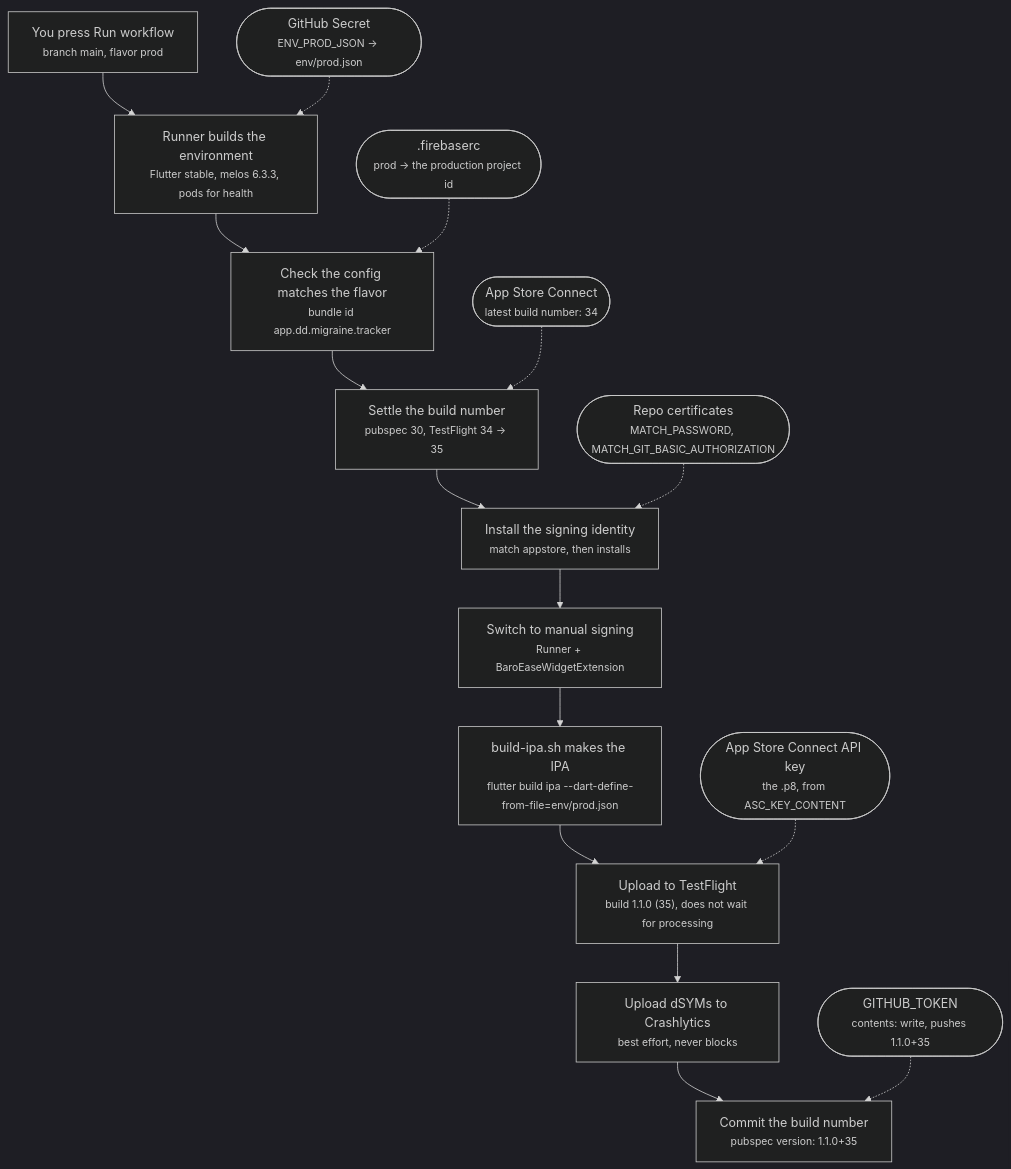
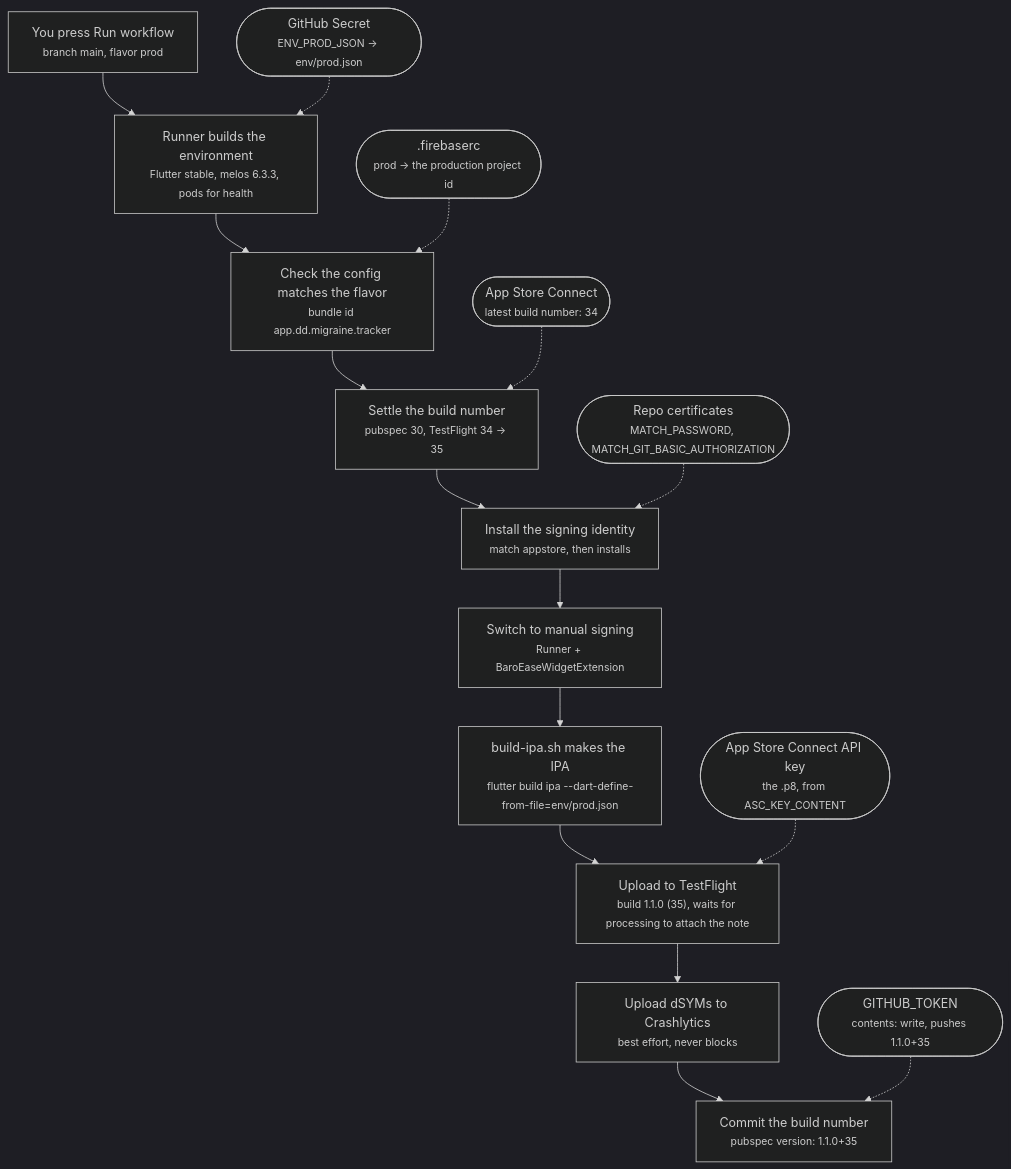
One commit to DAMHONGDUC/migraine-tracker changed the diagram in docs/release/PIPELINE.md. Above: the diagram before and after it, drawn with Mermaid (dark theme). The commit also changed other lines of this file and 3 other files, not shown here.

````diff
--- a/docs/release/PIPELINE.md
+++ b/docs/release/PIPELINE.md
@@ -16,29 +16,29 @@
 ```mermaid
 flowchart TD
     trigger["You press Run workflow<br/><small>branch main, flavor prod</small>"]
     prep["Runner builds the environment<br/><small>Flutter stable, melos 6.3.3, pods for health</small>"]
     check["Check the config matches the flavor<br/><small>bundle id app.dd.migraine.tracker</small>"]
     num["Settle the build number<br/><small>pubspec 30, TestFlight 34 → 35</small>"]
     certs["Install the signing identity<br/><small>match appstore, then installs</small>"]
     sign["Switch to manual signing<br/><small>Runner + BaroEaseWidgetExtension</small>"]
     build["build-ipa.sh makes the IPA<br/><small>flutter build ipa --dart-define-from-file=env/prod.json</small>"]
-    upload["Upload to TestFlight<br/><small>build 1.1.0 (35), does not wait for processing</small>"]
+    upload["Upload to TestFlight<br/><small>build 1.1.0 (35), waits for processing to attach the note</small>"]
     dsym["Upload dSYMs to Crashlytics<br/><small>best effort, never blocks</small>"]
     commit["Commit the build number<br/><small>pubspec version: 1.1.0+35</small>"]
 
     envjson(["GitHub Secret<br/><small>ENV_PROD_JSON → env/prod.json</small>"])
     firebaserc([".firebaserc<br/><small>prod → the production project id</small>"])
     asc1(["App Store Connect<br/><small>latest build number: 34</small>"])
     matchrepo(["Repo certificates<br/><small>MATCH_PASSWORD, MATCH_GIT_BASIC_AUTHORIZATION</small>"])
     asc2(["App Store Connect API key<br/><small>the .p8, from ASC_KEY_CONTENT</small>"])
     token(["GITHUB_TOKEN<br/><small>contents: write, pushes 1.1.0+35</small>"])
 
     trigger --> prep --> check --> num --> certs --> sign --> build --> upload --> dsym --> commit
 
     envjson -.-> prep
     firebaserc -.-> check
     asc1 -.-> num
     matchrepo -.-> certs
     asc2 -.-> upload
     token -.-> commit
 ```
````
